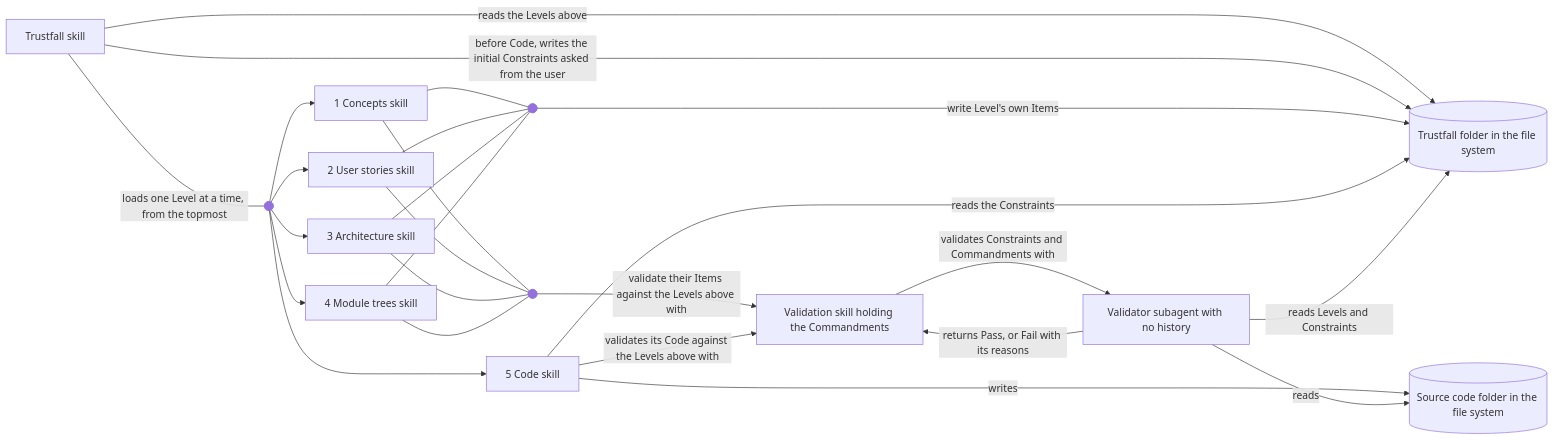
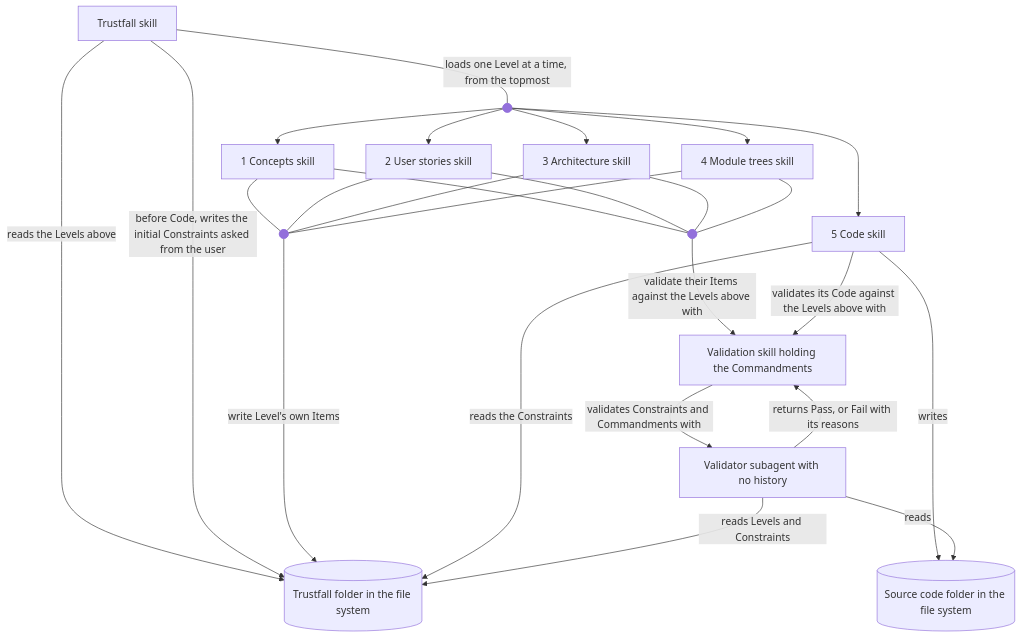
One commit to jehna/trustfall changed the diagram in trustfall/3-architecture.md. Above: the diagram before and after it, drawn with Mermaid. The commit also changed 1 other file, not shown here.

Commit message:
Constraints approved

````diff
--- a/trustfall/3-architecture.md
+++ b/trustfall/3-architecture.md
@@ -3,31 +3,31 @@
 ```mermaid
-flowchart LR
+flowchart TD
   trustfall[Trustfall skill]
   load@{ shape: f-circ }
   concepts[1 Concepts skill]
   stories[2 User stories skill]
   architecture[3 Architecture skill]
   modules[4 Module trees skill]
   code[5 Code skill]
   write@{ shape: f-circ }
   check@{ shape: f-circ }
   validation[Validation skill holding the Commandments]
   levels[(Trustfall folder in the file system)]
   source[(Source code folder in the file system)]
   subagent[Validator subagent with no history]
   trustfall -- loads one Level at a time, from the topmost --- load
   load --> concepts & stories & architecture & modules & code
   trustfall -- reads the Levels above --> levels
   trustfall -- before Code, writes the initial Constraints asked from the user --> levels
   concepts & stories & architecture & modules --- write
   write -- write Level's own Items --> levels
   code -- reads the Constraints --> levels
   code -- writes --> source
   concepts & stories & architecture & modules --- check
   check -- validate their Items against the Levels above with --> validation
   code -- validates its Code against the Levels above with --> validation
   validation -- validates Constraints and Commandments with --> subagent
   subagent -- reads Levels and Constraints --> levels
   subagent -- reads --> source
   subagent -- returns Pass, or Fail with its reasons --> validation
 ```
````
